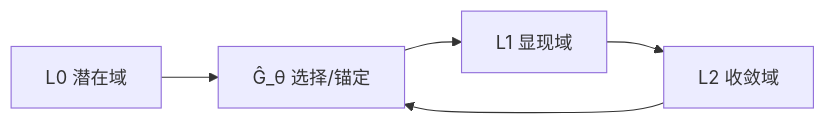
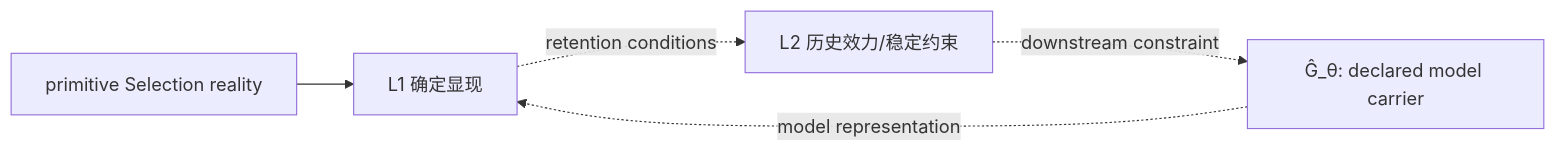
Before and after one commit to zyx1st-png/SRT-Pub: the diagram in README.md, drawn with Mermaid. The commit also changed other lines of this file and 10 other files, not shown here.

````diff
--- a/README.md
+++ b/README.md
@@ -29,7 +31,7 @@
 ```mermaid
 flowchart LR
-  L0["L0 潜在域"] --> G["Ĝ_θ 选择/锚定"]
-  G --> L1["L1 显现域"]
-  L1 --> L2["L2 收敛域"]
-  L2 --> G
+  S["primitive Selection reality"] --> L1["L1 确定显现"]
+  L1 -. "retention conditions" .-> L2["L2 历史效力/稳定约束"]
+  G["Ĝ_θ: declared model carrier"] -. "model representation" .-> L1
+  L2 -. "downstream constraint" .-> G
 ```
````
